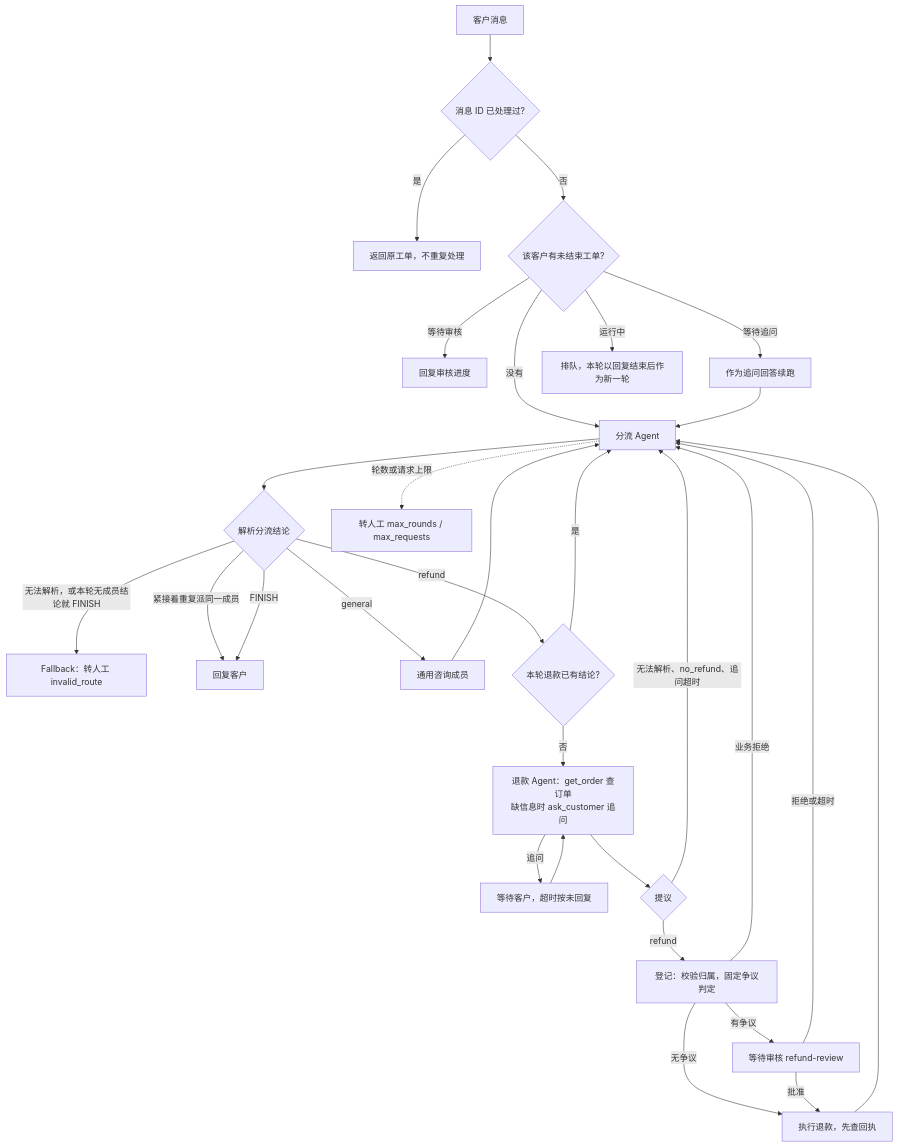
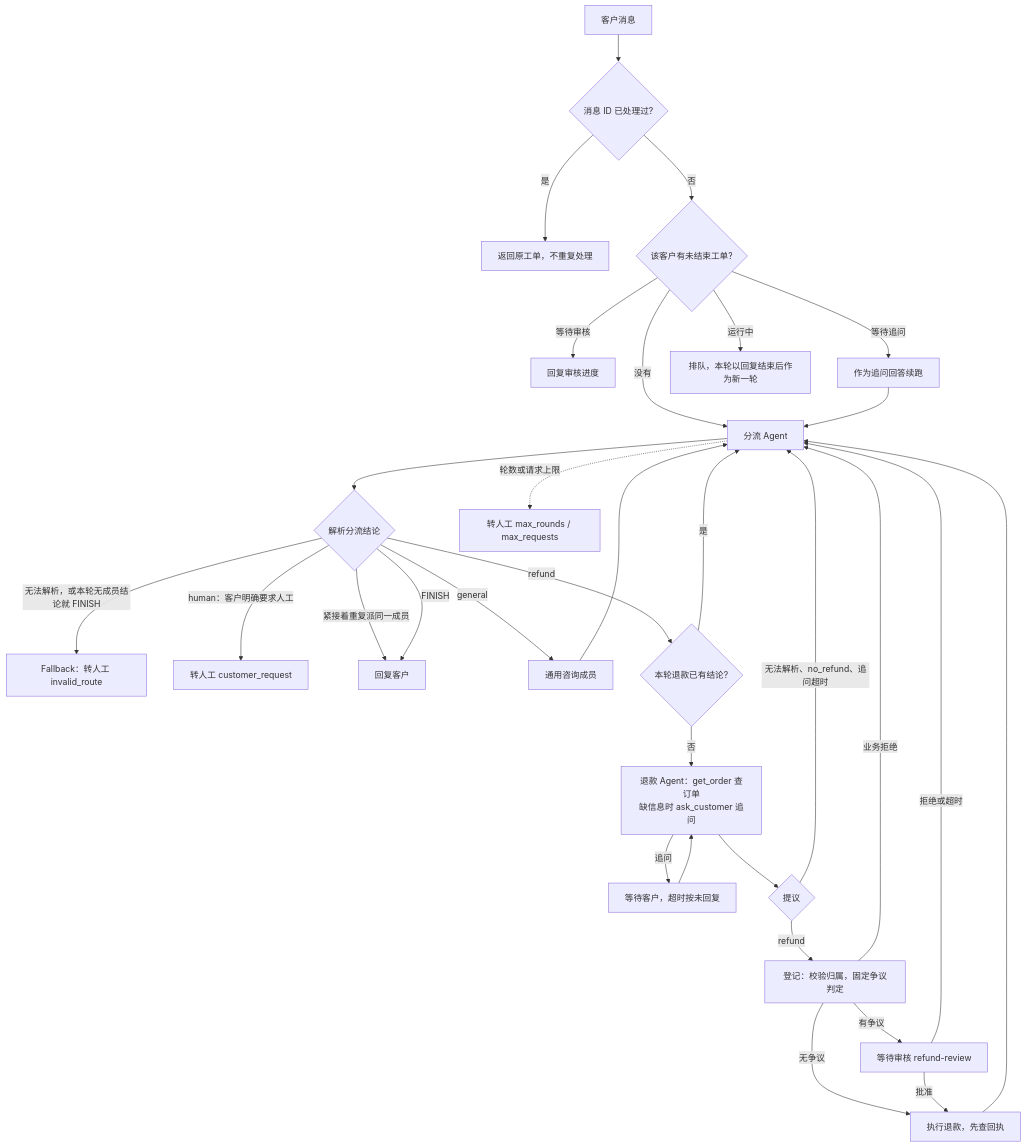
Before and after one commit to kart-io/goagent-examples: the third of 4 diagrams in orchestration/customer-service/README.md, drawn with Mermaid. The commit also changed other lines of this file and 6 other files, not shown here.

````diff
--- a/orchestration/customer-service/README.md
+++ b/orchestration/customer-service/README.md
@@ -91,31 +91,32 @@
 ```mermaid
 flowchart TD
     M[客户消息] --> D{消息 ID 已处理过?}
     D -->|是| DUP[返回原工单，不重复处理]
     D -->|否| R{该客户有未结束工单?}
     R -->|等待审核| P[回复审核进度]
     R -->|等待追问| Q[作为追问回答续跑]
     R -->|运行中| QU[排队，本轮以回复结束后作为新一轮]
     R -->|没有| T[分流 Agent]
     Q --> T
     T --> TP{解析分流结论}
     TP -->|无法解析，或本轮无成员结论就 FINISH| HO[Fallback：转人工 invalid_route]
+    TP -->|human：客户明确要求人工| HU[转人工 customer_request]
     TP -->|紧接着重复派同一成员| FIN
     TP -->|general| GEN[通用咨询成员] --> T
     TP -->|refund| RM{本轮退款已有结论?}
     RM -->|是| T
     RM -->|否| AG[退款 Agent：get_order 查订单<br/>缺信息时 ask_customer 追问]
     AG -->|追问| WC[等待客户，超时按未回复]
     WC --> AG
     AG --> PP{提议}
     PP -->|无法解析、no_refund、追问超时| T
     PP -->|refund| REG[登记：校验归属，固定争议判定]
     REG -->|业务拒绝| T
     REG -->|无争议| EX[执行退款，先查回执]
     REG -->|有争议| WR[等待审核 refund-review]
     WR -->|批准| EX
     WR -->|拒绝或超时| T
     EX --> T
     TP -->|FINISH| FIN[回复客户]
     T -.轮数或请求上限.-> HM[转人工 max_rounds / max_requests]
 ```
````
